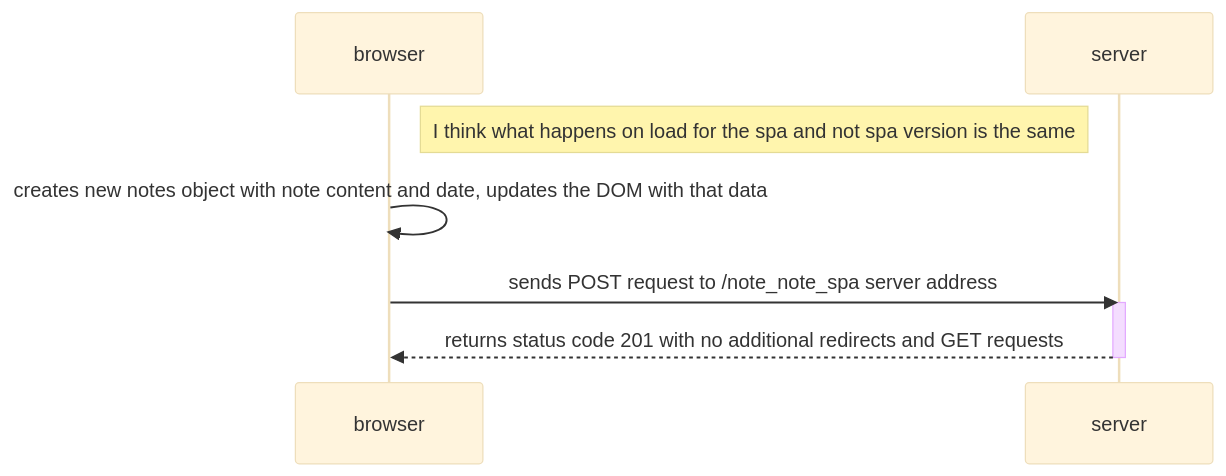
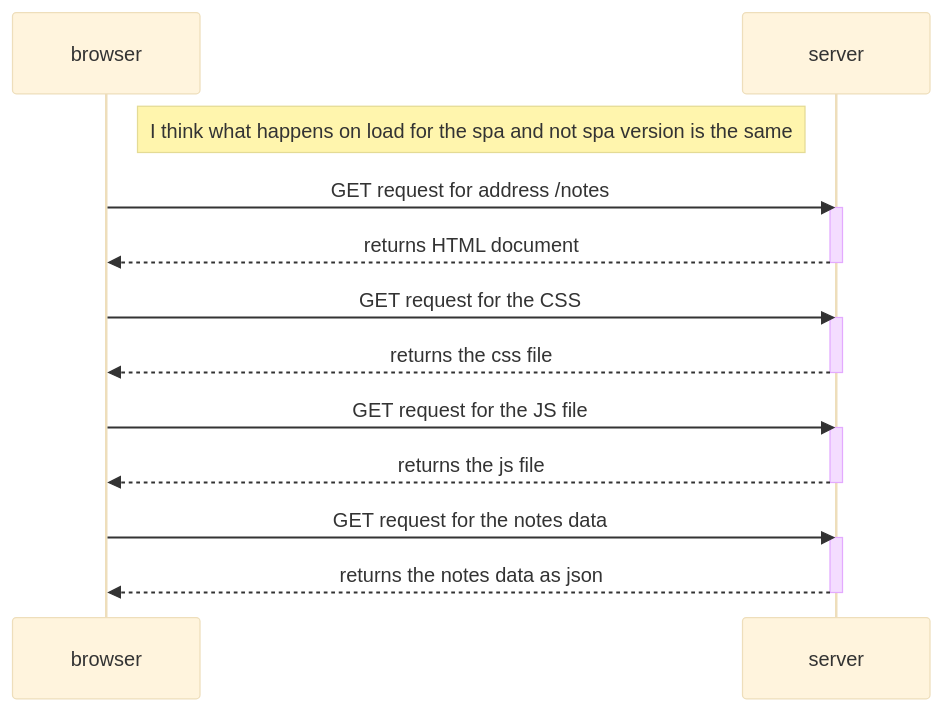
The diagram in part 0/single-page-app-diagram.md (ziru-1/Fullstack-Open), drawn with Mermaid (base theme) before and after one commit.

Commit message:
submit spa diagram

````diff
--- a/part 0/single-page-app-diagram.md
+++ b/part 0/single-page-app-diagram.md
@@ -1,14 +1,28 @@
 ```mermaid
 sequenceDiagram
     participant browser
     participant server
 
     note right of browser: I think what happens on load for the spa and not spa version is the same
 
-    browser->>browser: creates new notes object with note content and date, updates the DOM with that data
-    browser->>server: sends POST request to /note_note_spa server address
+    browser->>server: GET request for address /notes
     activate server
-    server-->>browser: returns status code 201 with no additional redirects and GET requests
+    server-->>browser: returns HTML document
+    deactivate server
+
+    browser->>server: GET request for the CSS
+    activate server
+    server-->>browser: returns the css file
+    deactivate server
+
+    browser->>server: GET request for the JS file
+    activate server
+    server-->>browser: returns the js file
+    deactivate server
+
+    browser->>server: GET request for the notes data
+    activate server
+    server-->>browser: returns the notes data as json
     deactivate server
 
 ```
````
